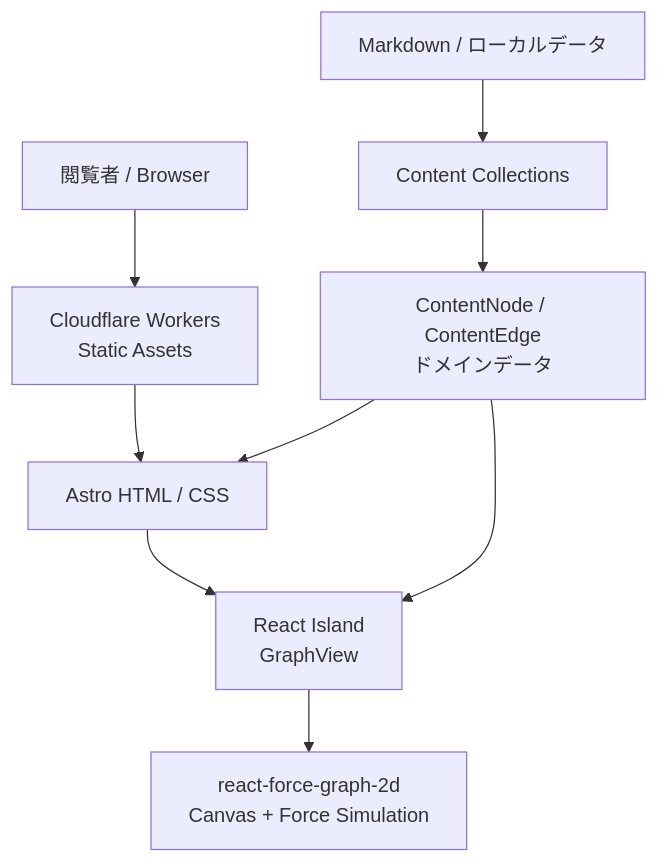
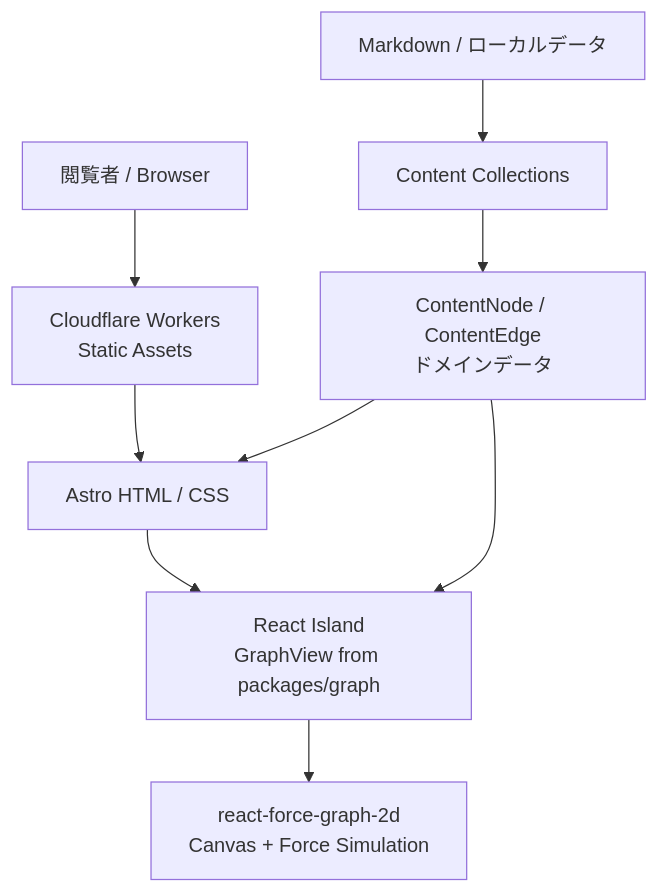
The third of 7 diagrams in docs/TECH_STACK.md (UtakataKyosui/astro-portfolio-with-blog), drawn with Mermaid before and after one commit. The commit also changed other lines of this file and 1 other file, not shown here.

````diff
--- a/docs/TECH_STACK.md
+++ b/docs/TECH_STACK.md
@@ -49,16 +236,16 @@
 ```mermaid
 flowchart TB
     V[閲覧者 / Browser]
     CF[Cloudflare Workers\nStatic Assets]
     A[Astro HTML / CSS]
-    R[React Island\nGraphView]
+    R[React Island\nGraphView from packages/graph]
     F[react-force-graph-2d\nCanvas + Force Simulation]
     CL[Content Collections]
     N[ContentNode / ContentEdge\nドメインデータ]
     M[Markdown / ローカルデータ]
     V --> CF --> A
     A --> R --> F
     M --> CL --> N
     N --> A
     N --> R
 ```
````
